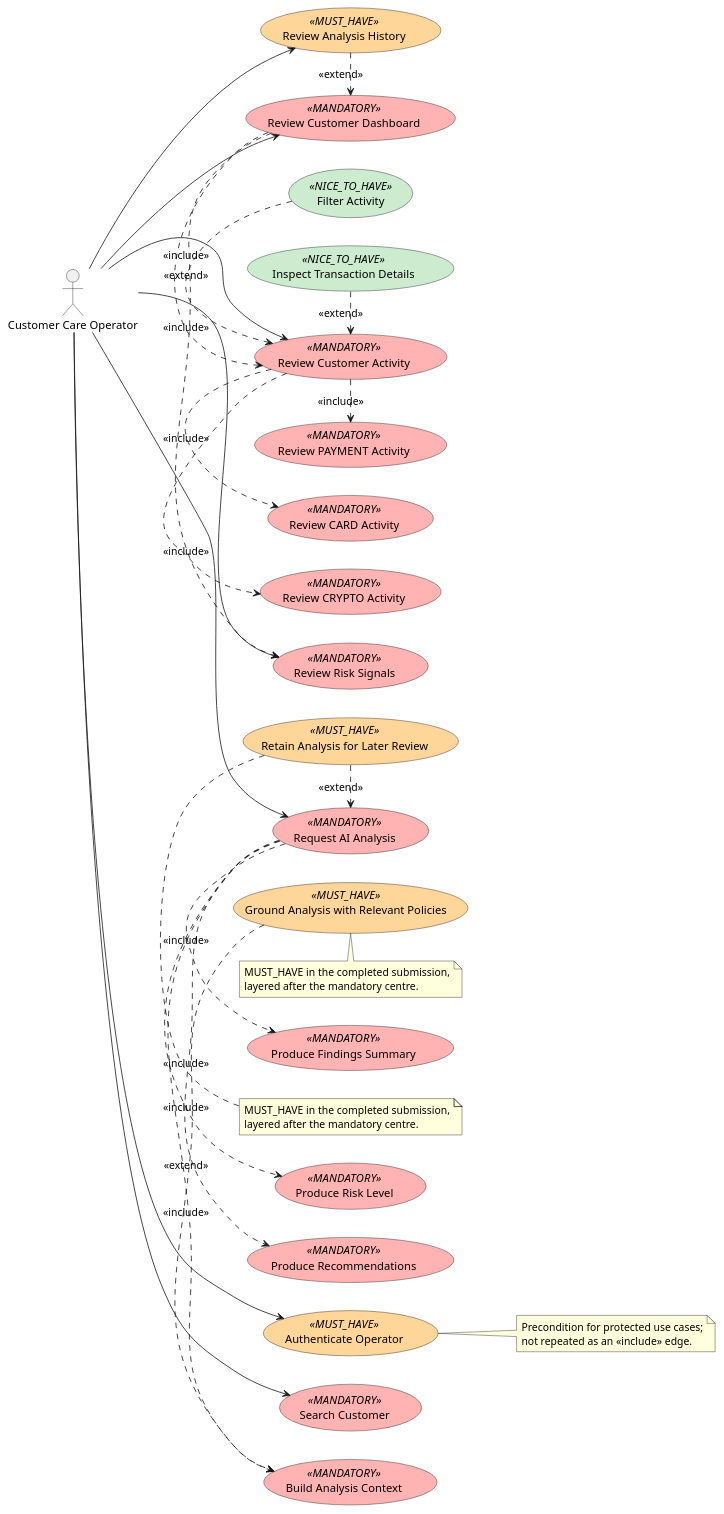
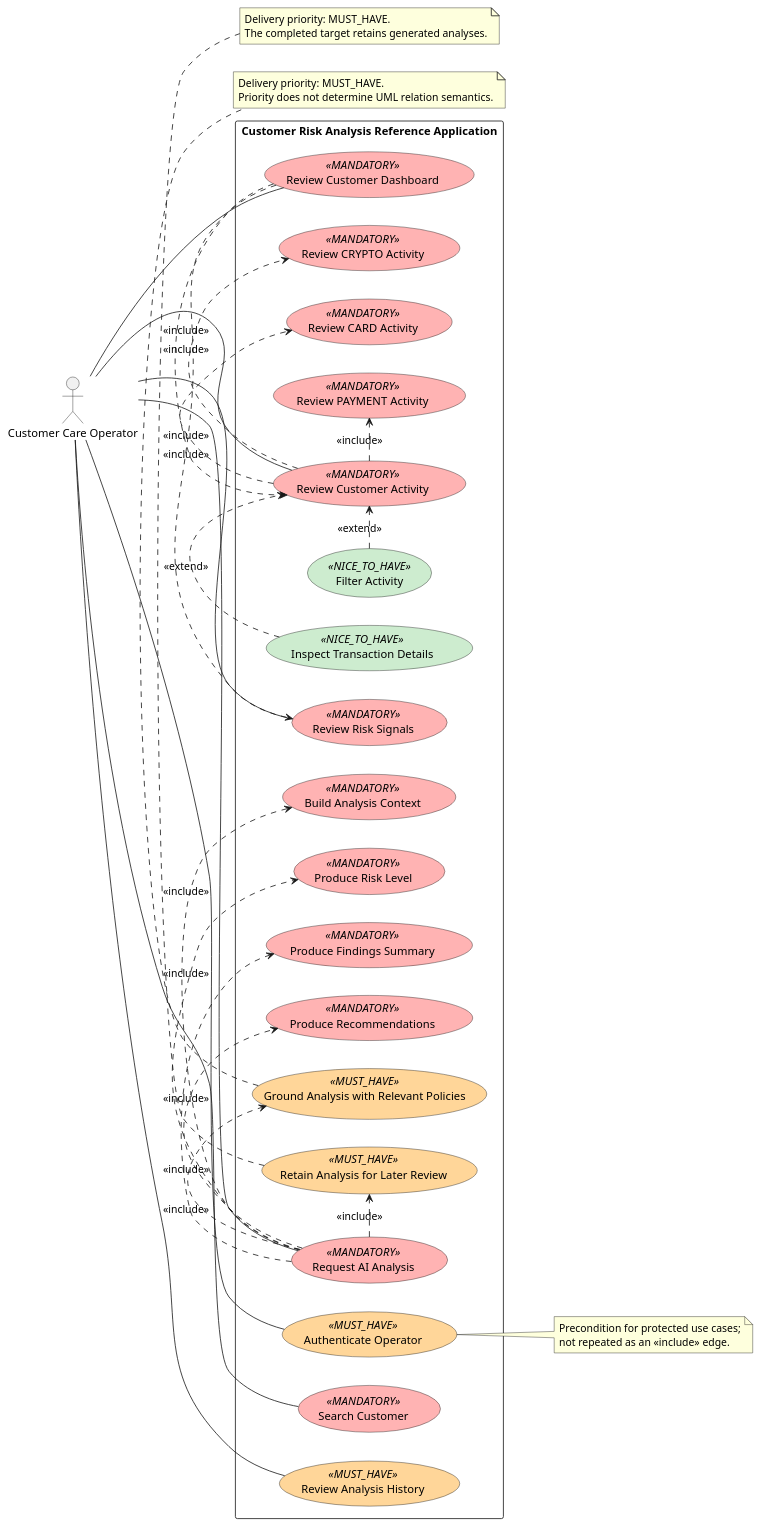
The diagram in docs/assignment/Inception/diagrams/inception-functional-use-cases.puml (jdoe-dev-159753/specgraph-reference-app), drawn with PlantUML before and after one commit.

Commit message:
docs: align functional use cases with UML notation

```diff
--- a/docs/assignment/Inception/diagrams/inception-functional-use-cases.puml
+++ b/docs/assignment/Inception/diagrams/inception-functional-use-cases.puml
@@ -1,66 +1,68 @@
 @startuml
 left to right direction
 actor "Customer Care Operator" as Operator
 
 skinparam usecase {
   BackgroundColor<<MANDATORY>> #FFB3B3
   BackgroundColor<<MUST_HAVE>> #FFD699
   BackgroundColor<<NICE_TO_HAVE>> #CDECCF
 }
 
-usecase "Authenticate Operator" as UC_Auth <<MUST_HAVE>>
-usecase "Search Customer" as UC_Search <<MANDATORY>>
-usecase "Review Customer Dashboard" as UC_Dashboard <<MANDATORY>>
-usecase "Review Customer Activity" as UC_Activity <<MANDATORY>>
-usecase "Review CARD Activity" as UC_Card <<MANDATORY>>
-usecase "Review PAYMENT Activity" as UC_Payment <<MANDATORY>>
-usecase "Review CRYPTO Activity" as UC_Crypto <<MANDATORY>>
-usecase "Review Risk Signals" as UC_Risk <<MANDATORY>>
-usecase "Request AI Analysis" as UC_AI <<MANDATORY>>
-usecase "Build Analysis Context" as UC_Context <<MANDATORY>>
-usecase "Produce Risk Level" as UC_Level <<MANDATORY>>
-usecase "Produce Findings Summary" as UC_Findings <<MANDATORY>>
-usecase "Produce Recommendations" as UC_Recommendations <<MANDATORY>>
-usecase "Ground Analysis with Relevant Policies" as UC_Grounded <<MUST_HAVE>>
-usecase "Retain Analysis for Later Review" as UC_Retain <<MUST_HAVE>>
-usecase "Review Analysis History" as UC_History <<MUST_HAVE>>
-usecase "Filter Activity" as UC_Filter <<NICE_TO_HAVE>>
-usecase "Inspect Transaction Details" as UC_Detail <<NICE_TO_HAVE>>
+rectangle "Customer Risk Analysis Reference Application" as SystemBoundary {
+  usecase "Authenticate Operator" as UC_Auth <<MUST_HAVE>>
+  usecase "Search Customer" as UC_Search <<MANDATORY>>
+  usecase "Review Customer Dashboard" as UC_Dashboard <<MANDATORY>>
+  usecase "Review Customer Activity" as UC_Activity <<MANDATORY>>
+  usecase "Review CARD Activity" as UC_Card <<MANDATORY>>
+  usecase "Review PAYMENT Activity" as UC_Payment <<MANDATORY>>
+  usecase "Review CRYPTO Activity" as UC_Crypto <<MANDATORY>>
+  usecase "Review Risk Signals" as UC_Risk <<MANDATORY>>
+  usecase "Request AI Analysis" as UC_AI <<MANDATORY>>
+  usecase "Build Analysis Context" as UC_Context <<MANDATORY>>
+  usecase "Produce Risk Level" as UC_Level <<MANDATORY>>
+  usecase "Produce Findings Summary" as UC_Findings <<MANDATORY>>
+  usecase "Produce Recommendations" as UC_Recommendations <<MANDATORY>>
+  usecase "Ground Analysis with Relevant Policies" as UC_Grounded <<MUST_HAVE>>
+  usecase "Retain Analysis for Later Review" as UC_Retain <<MUST_HAVE>>
+  usecase "Review Analysis History" as UC_History <<MUST_HAVE>>
+  usecase "Filter Activity" as UC_Filter <<NICE_TO_HAVE>>
+  usecase "Inspect Transaction Details" as UC_Detail <<NICE_TO_HAVE>>
 
-Operator --> UC_Auth
-Operator --> UC_Search
-Operator --> UC_Dashboard
-Operator --> UC_Activity
-Operator --> UC_Risk
-Operator --> UC_AI
-Operator --> UC_History
-UC_Dashboard .> UC_Activity : <<include>>
-UC_Dashboard .> UC_Risk : <<include>>
-UC_Activity .> UC_Card : <<include>>
-UC_Activity .> UC_Payment : <<include>>
-UC_Activity .> UC_Crypto : <<include>>
-UC_AI .> UC_Context : <<include>>
-UC_AI .> UC_Level : <<include>>
-UC_AI .> UC_Findings : <<include>>
-UC_AI .> UC_Recommendations : <<include>>
-UC_Grounded .> UC_Context : <<extend>>
-UC_Retain .> UC_AI : <<extend>>
-UC_History .> UC_Dashboard : <<extend>>
-UC_Filter .> UC_Activity : <<extend>>
-UC_Detail .> UC_Activity : <<extend>>
+  UC_Dashboard .> UC_Activity : <<include>>
+  UC_Dashboard .> UC_Risk : <<include>>
+  UC_Activity .> UC_Card : <<include>>
+  UC_Activity .> UC_Payment : <<include>>
+  UC_Activity .> UC_Crypto : <<include>>
+  UC_AI .> UC_Context : <<include>>
+  UC_AI .> UC_Level : <<include>>
+  UC_AI .> UC_Findings : <<include>>
+  UC_AI .> UC_Recommendations : <<include>>
+  UC_AI .> UC_Grounded : <<include>>
+  UC_AI .> UC_Retain : <<include>>
+  UC_Filter .> UC_Activity : <<extend>>
+  UC_Detail .> UC_Activity : <<extend>>
+}
+
+Operator -- UC_Auth
+Operator -- UC_Search
+Operator -- UC_Dashboard
+Operator -- UC_Activity
+Operator -- UC_Risk
+Operator -- UC_AI
+Operator -- UC_History
 
 note right of UC_Auth
   Precondition for protected use cases;
   not repeated as an <<include>> edge.
 end note
 
 note bottom of UC_Grounded
-  MUST_HAVE in the completed submission,
-  layered after the mandatory centre.
+  Delivery priority: MUST_HAVE.
+  Priority does not determine UML relation semantics.
 end note
 
 note bottom of UC_Retain
-  MUST_HAVE in the completed submission,
-  layered after the mandatory centre.
+  Delivery priority: MUST_HAVE.
+  The completed target retains generated analyses.
 end note
 @enduml
```
